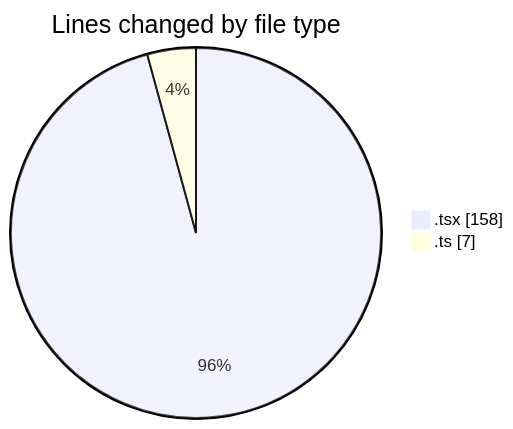
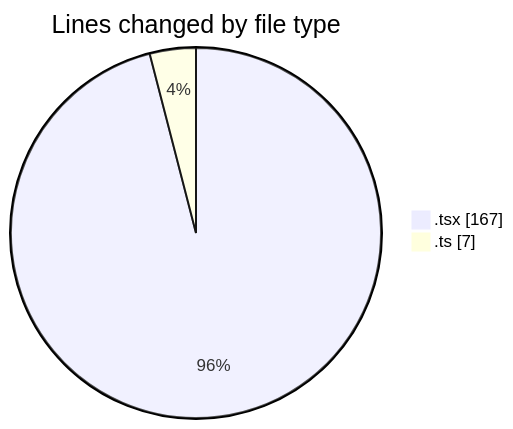
One commit to robertbonfada/code-tracking changed the first of 2 diagrams in 2025-01-29/audiobooks-web/README.md. Above: the diagram before and after it, drawn with Mermaid. The commit also changed other lines of this file and 1 other file, not shown here.

````diff
--- a/2025-01-29/audiobooks-web/README.md
+++ b/2025-01-29/audiobooks-web/README.md
@@ -23,6 +23,6 @@
 ```mermaid
 pie showData
 title Lines changed by file type
-".tsx" : 158
+".tsx" : 167
 ".ts" : 7
 ```
````
